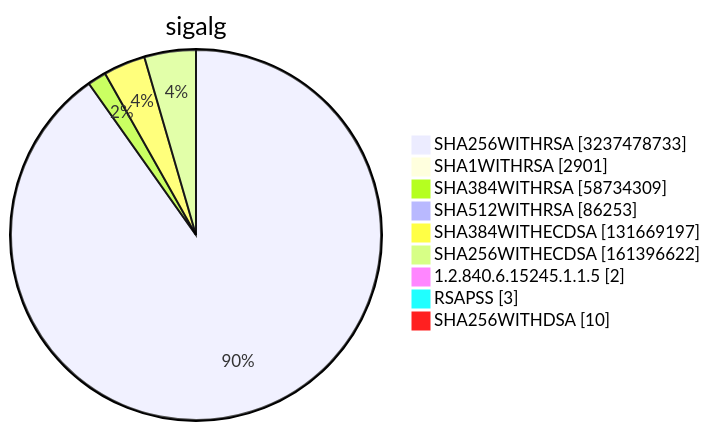
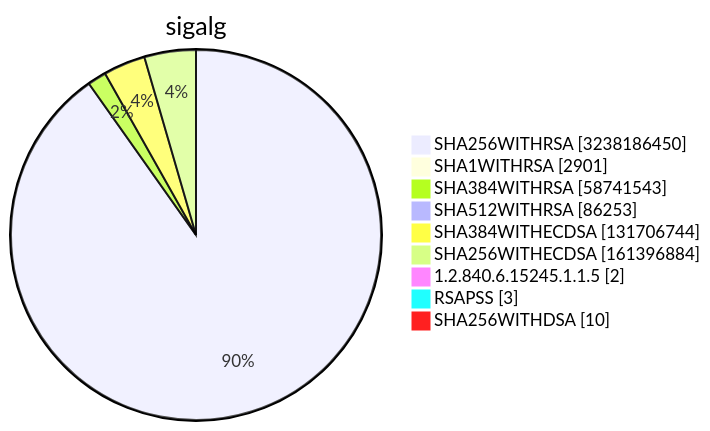
One commit to christiankrug/ctmonitor_visualization changed diagram 15 of 15 in TOTAL/README.md. Above: the diagram before and after it, drawn with Mermaid. The commit also changed other lines of this file, not shown here.

````diff
--- a/TOTAL/README.md
+++ b/TOTAL/README.md
@@ -6217,13 +6217,13 @@
 ```mermaid
 pie showData
 title sigalg
-"SHA256WITHRSA" :3237478733
+"SHA256WITHRSA" :3238186450
 "SHA1WITHRSA" :2901
-"SHA384WITHRSA" :58734309
+"SHA384WITHRSA" :58741543
 "SHA512WITHRSA" :86253
-"SHA384WITHECDSA" :131669197
-"SHA256WITHECDSA" :161396622
+"SHA384WITHECDSA" :131706744
+"SHA256WITHECDSA" :161396884
 "1.2.840.6.15245.1.1.5" :2
 "RSAPSS" :3
 "SHA256WITHDSA" :10
 ```
````
